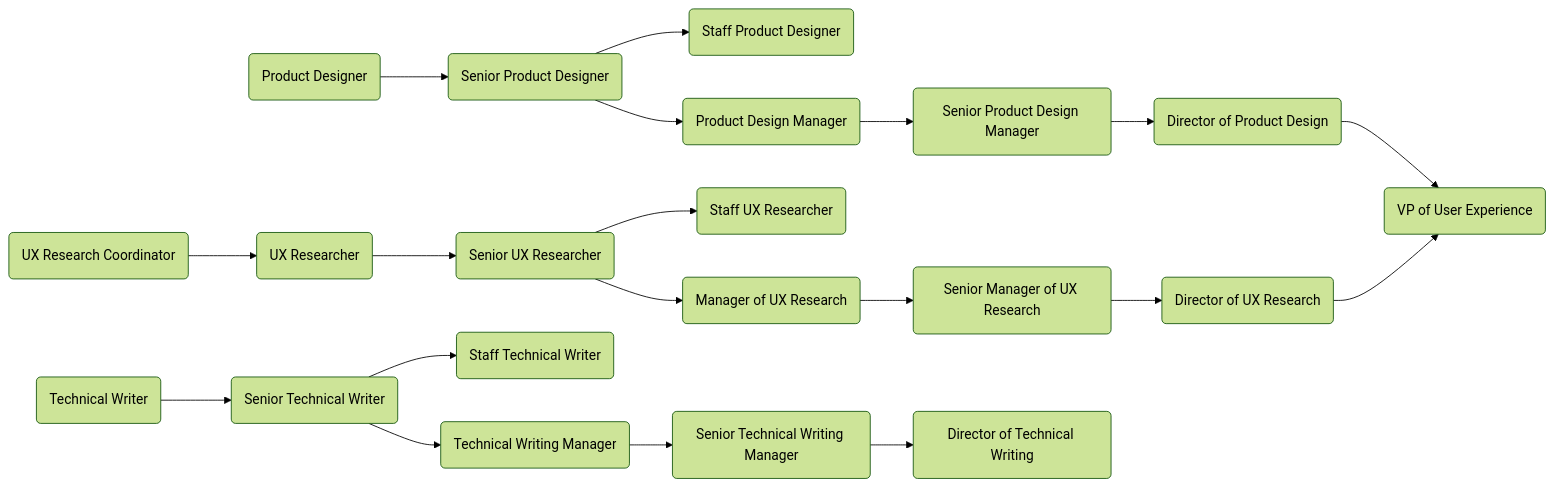
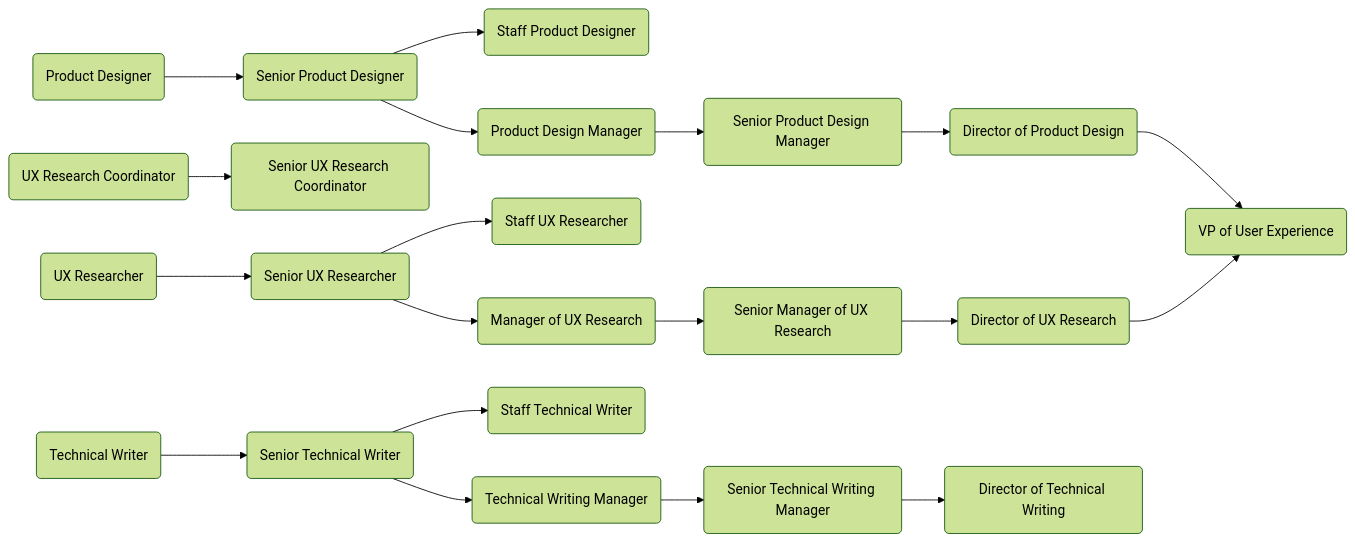
Before and after one commit to secretstartups/handbook: the fifth of 6 diagrams in career-development/index.html.md, drawn with Mermaid (forest theme).

Commit message:
Updated mermaid chart with adjusted workflow and URLs

````diff
--- a/career-development/index.html.md
+++ b/career-development/index.html.md
@@ -244,49 +244,50 @@
 ```mermaid
   graph LR;
   eng:pd(Product Designer)-->eng:spd(Senior Product Designer);
 
   eng:spd(Senior Product Designer)-->eng:stpd(Staff Product Designer);
 
   eng:spd(Senior Product Designer)-->eng:pdm(Product Design Manager);
   eng:pdm(Product Design Manager)-->eng:spdm(Senior Product Design Manager);
   eng:spdm(Senior Product Design Manager)-->eng:dpd(Director of Product Design);
   eng:dpd(Director of Product Design)-->eng:vpux(VP of User Experience);
 
-  eng:uxrc(UX Research Coordinator)-->eng:uxr(UX Researcher);
+  eng:uxrc(UX Research Coordinator)-->eng:suxrc(Senior UX Research Coordinator);
   eng:uxr(UX Researcher)-->eng:suxr(Senior UX Researcher);
   eng:suxr(Senior UX Researcher)-->eng:stuxr(Staff UX Researcher);
 
   eng:suxr(Senior UX Researcher)-->eng:muxr(Manager of UX Research);
   eng:muxr(Manager of UX Research)-->eng:smuxr(Senior Manager of UX Research);
   eng:smuxr(Senior Manager of UX Research)-->eng:duxr(Director of UX Research);
   eng:duxr(Director of UX Research)-->eng:vpux(VP of User Experience);
 
   eng:tw(Technical Writer)-->eng:stw(Senior Technical Writer);
 
   eng:stw(Senior Technical Writer)-->eng:sttw(Staff Technical Writer);
 
   eng:stw(Senior Technical Writer)-->eng:mtw(Technical Writing Manager);
   eng:mtw(Technical Writing Manager)-->eng:stwm(Senior Technical Writing Manager);
   eng:stwm(Senior Technical Writing Manager)-->eng:dtw(Director of Technical Writing);
 
   click eng:pd "/job-families/engineering/product-designer/";
   click eng:spd "/job-families/engineering/product-designer/";
   click eng:stpd "/job-families/engineering/product-designer/";
   click eng:pdm "/job-families/engineering/ux-management/";
   click eng:spdm "/job-families/engineering/ux-management/";
   click eng:dpd "/job-families/engineering/ux-management/";
-  click eng:uxrc "/job-families/engineering/ux-researcher/";
+  click eng:uxrc "/job-families/engineering/ux-research-coordinator/";
+  click eng:suxrc "/job-families/engineering/senior-ux-research-coordinator/";
   click eng:uxr "/job-families/engineering/ux-researcher/";
   click eng:suxr "/job-families/engineering/ux-researcher/";
   click eng:stuxr "/job-families/engineering/ux-researcher/";
   click eng:muxr "/job-families/engineering/ux-research-manager/";
   click eng:smuxr "/job-families/engineering/ux-research-manager/";
   click eng:duxr "/job-families/engineering/ux-research-manager/";
   click eng:tw "/job-families/engineering/technical-writer/";
   click eng:stw "/job-families/engineering/technical-writer/";
   click eng:sttw "/job-families/engineering/technical-writer/";
   click eng:mtw "/job-families/engineering/technical-writing-manager/";
   click eng:stwm "/job-families/engineering/technical-writing-manager/";
   click eng:dtw "/job-families/engineering/technical-writing-manager/";
   click eng:vpux "/job-families/engineering/ux-management/";
 ```
````
